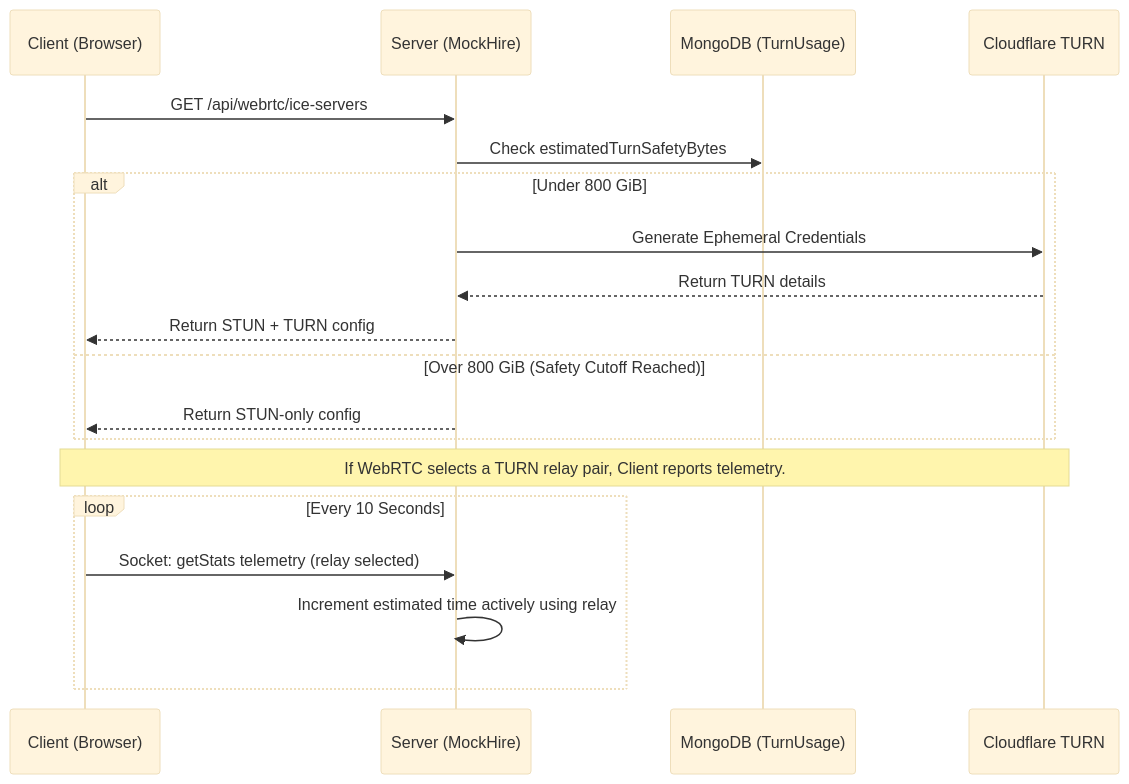
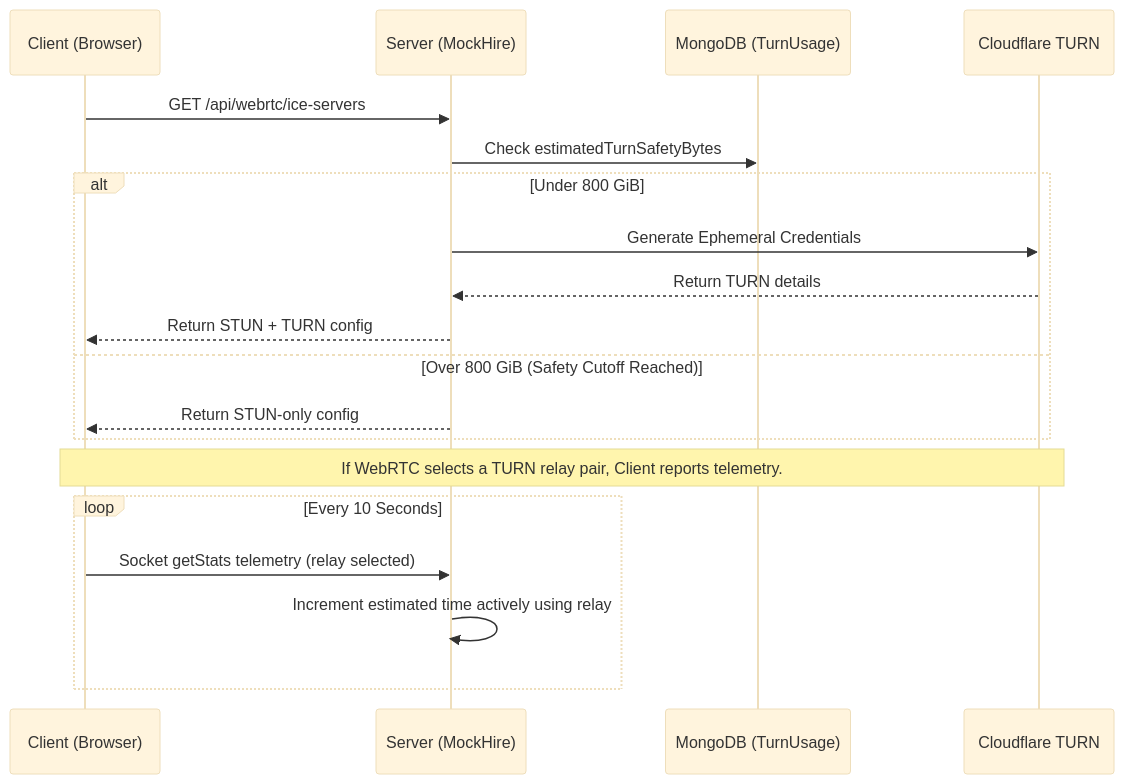
The second of 2 diagrams in README.md (AnujMalviya2154/MockHire-Video-Interview-Platform), drawn with Mermaid (base theme) before and after one commit. The commit also changed other lines of this file, not shown here.

Commit message:
docs: fix mermaid parsing error in README by using safe node IDs and labels

````diff
--- a/README.md
+++ b/README.md
@@ -87,25 +87,25 @@
 ```mermaid
 sequenceDiagram
     participant C as Client (Browser)
     participant S as Server (MockHire)
     participant DB as MongoDB (TurnUsage)
     participant CF as Cloudflare TURN
 
     C->>S: GET /api/webrtc/ice-servers
     S->>DB: Check estimatedTurnSafetyBytes
     
     alt Under 800 GiB
         S->>CF: Generate Ephemeral Credentials
         CF-->>S: Return TURN details
         S-->>C: Return STUN + TURN config
     else Over 800 GiB (Safety Cutoff Reached)
         S-->>C: Return STUN-only config
     end
 
-    Note over C,CF: If WebRTC selects a TURN relay pair, Client reports telemetry.
+    Note over C, CF: If WebRTC selects a TURN relay pair, Client reports telemetry.
     
     loop Every 10 Seconds
-        C->>S: Socket: getStats telemetry (relay selected)
+        C->>S: Socket getStats telemetry (relay selected)
         S->>S: Increment estimated time actively using relay
     end
 ```
````
